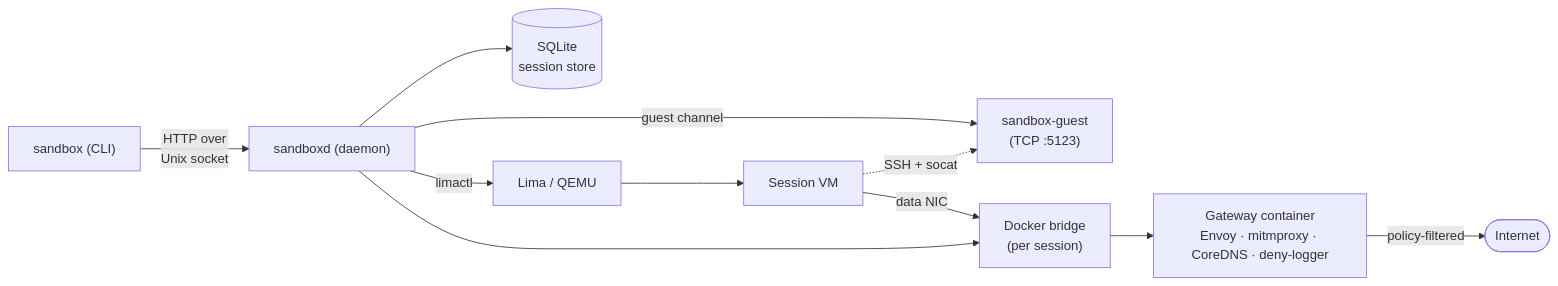
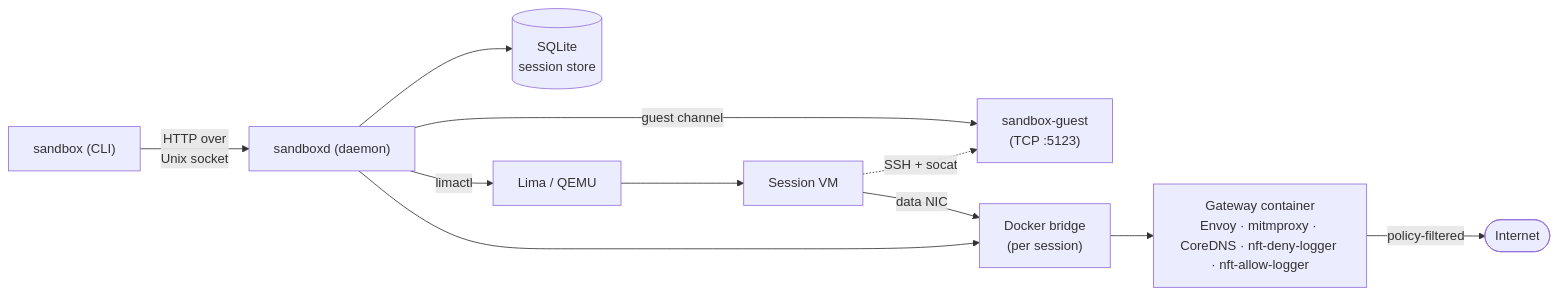
Before and after one commit to Koriit/sandboxd: the diagram in docs/concepts/architecture.md, drawn with Mermaid. The commit also changed other lines of this file and 13 other files, not shown here.

````diff
--- a/docs/concepts/architecture.md
+++ b/docs/concepts/architecture.md
@@ -10,23 +10,23 @@
 ```mermaid
 flowchart LR
     CLI["sandbox (CLI)"]
     Daemon["sandboxd (daemon)"]
     Store[("SQLite<br/>session store")]
     Lima["Lima / QEMU"]
     VM["Session VM"]
     Guest["sandbox-guest<br/>(TCP :5123)"]
     Bridge["Docker bridge<br/>(per session)"]
-    Gateway["Gateway container<br/>Envoy · mitmproxy · CoreDNS · deny-logger"]
+    Gateway["Gateway container<br/>Envoy · mitmproxy · CoreDNS · nft-deny-logger · nft-allow-logger"]
     Internet(["Internet"])
 
     CLI -- "HTTP over<br/>Unix socket" --> Daemon
     Daemon --> Store
     Daemon -- "limactl" --> Lima
     Lima --> VM
     VM -. "SSH + socat" .-> Guest
     Daemon -- "guest channel" --> Guest
     Daemon --> Bridge
     Bridge --> Gateway
     VM -- "data NIC" --> Bridge
     Gateway -- "policy-filtered" --> Internet
 ```
````
